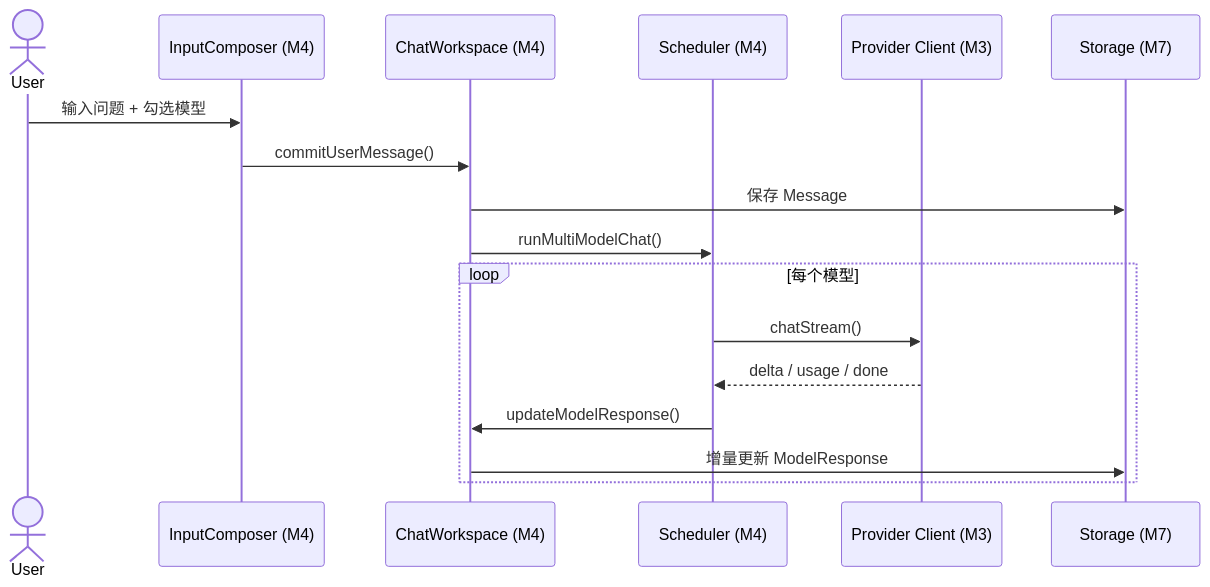
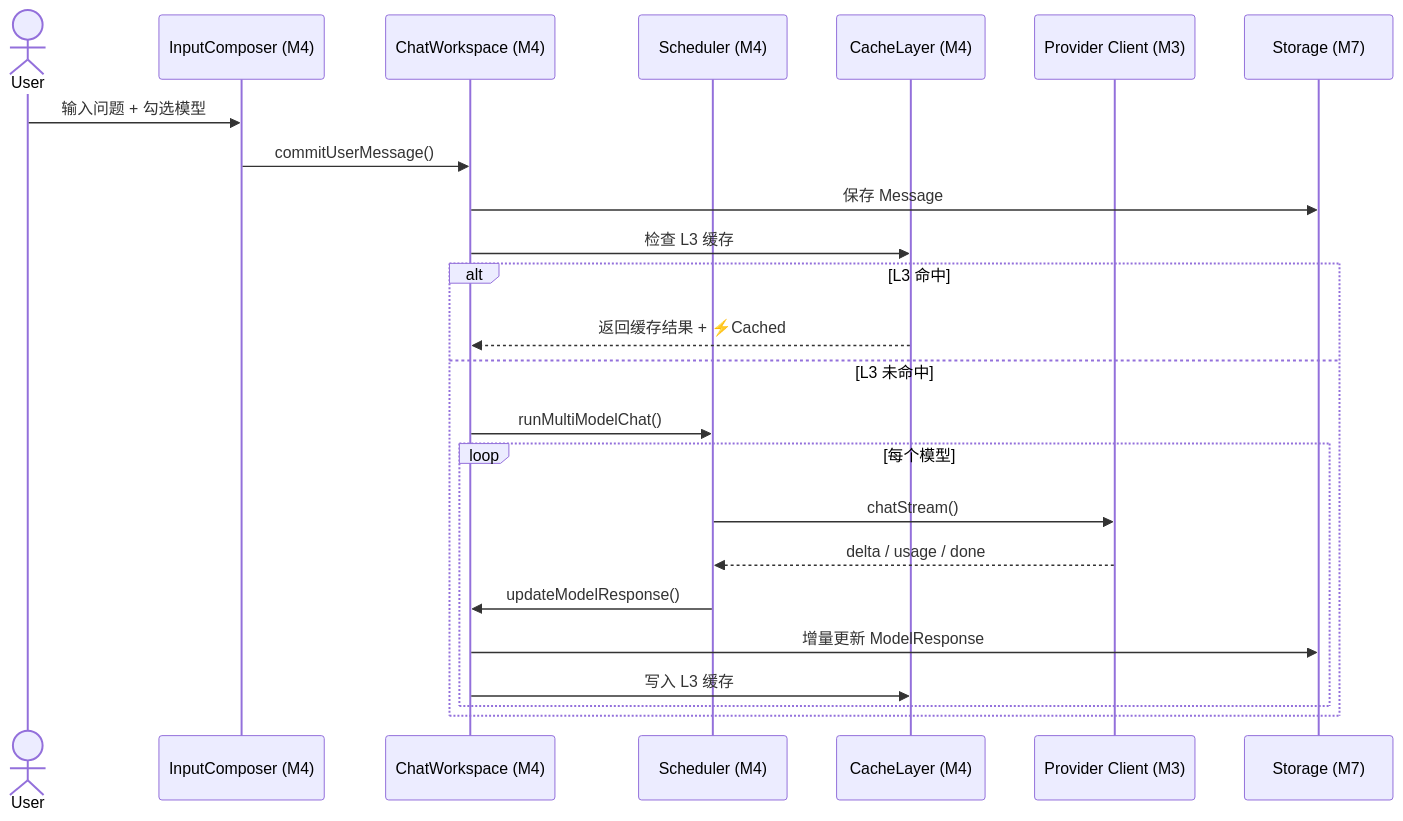
Before and after one commit to qqlcx5/ai-reader: the diagram in doc/design-04-workspace.md, drawn with Mermaid. The commit also changed other lines of this file and 85 other files, not shown here.

````diff
--- a/doc/design-04-workspace.md
+++ b/doc/design-04-workspace.md
@@ -255,20 +404,27 @@
 ```mermaid
 sequenceDiagram
     actor User
     participant IC as InputComposer (M4)
     participant WS as ChatWorkspace (M4)
     participant Sch as Scheduler (M4)
+    participant Cache as CacheLayer (M4)
     participant M3 as Provider Client (M3)
     participant M7 as Storage (M7)
 
     User->>IC: 输入问题 + 勾选模型
     IC->>WS: commitUserMessage()
     WS->>M7: 保存 Message
-    WS->>Sch: runMultiModelChat()
-    loop 每个模型
-        Sch->>M3: chatStream()
-        M3-->>Sch: delta / usage / done
-        Sch->>WS: updateModelResponse()
-        WS->>M7: 增量更新 ModelResponse
+    WS->>Cache: 检查 L3 缓存
+    alt L3 命中
+        Cache-->>WS: 返回缓存结果 + ⚡Cached
+    else L3 未命中
+        WS->>Sch: runMultiModelChat()
+        loop 每个模型
+            Sch->>M3: chatStream()
+            M3-->>Sch: delta / usage / done
+            Sch->>WS: updateModelResponse()
+            WS->>M7: 增量更新 ModelResponse
+            WS->>Cache: 写入 L3 缓存
+        end
     end
 ```
````
